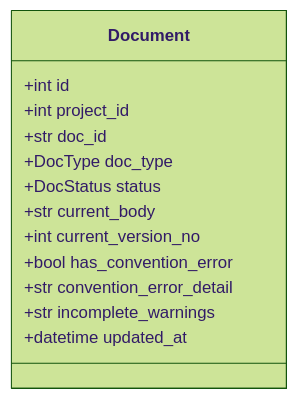
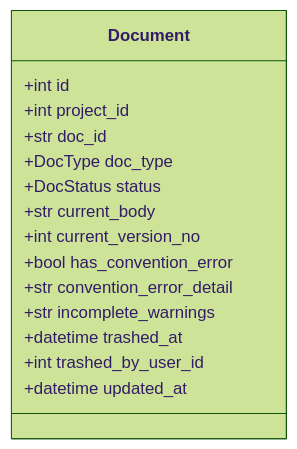
Before and after one commit to HoyoungParkme/syncdoc: the third of 21 diagrams in docs/specs/06-DOM/SYNC-DOM-002.md, drawn with Mermaid (forest theme). The commit also changed other lines of this file and 37 other files, not shown here.

````diff
--- a/docs/specs/06-DOM/SYNC-DOM-002.md
+++ b/docs/specs/06-DOM/SYNC-DOM-002.md
@@ -178,16 +178,18 @@
 ```mermaid
 classDiagram
     class Document {
         +int id
         +int project_id
         +str doc_id
         +DocType doc_type
         +DocStatus status
         +str current_body
         +int current_version_no
         +bool has_convention_error
         +str convention_error_detail
         +str incomplete_warnings
+        +datetime trashed_at
+        +int trashed_by_user_id
         +datetime updated_at
     }
 ```
````
